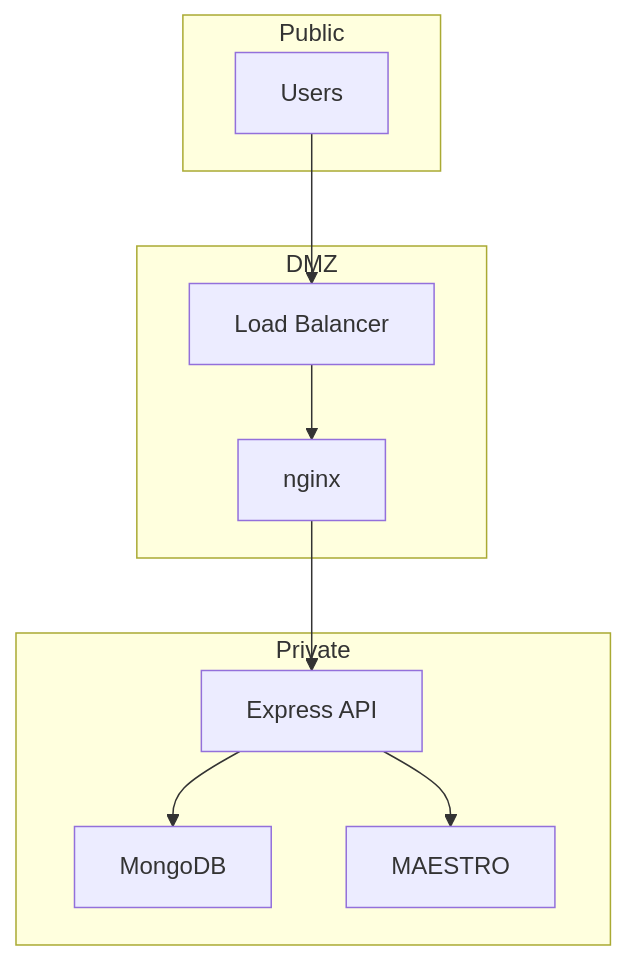
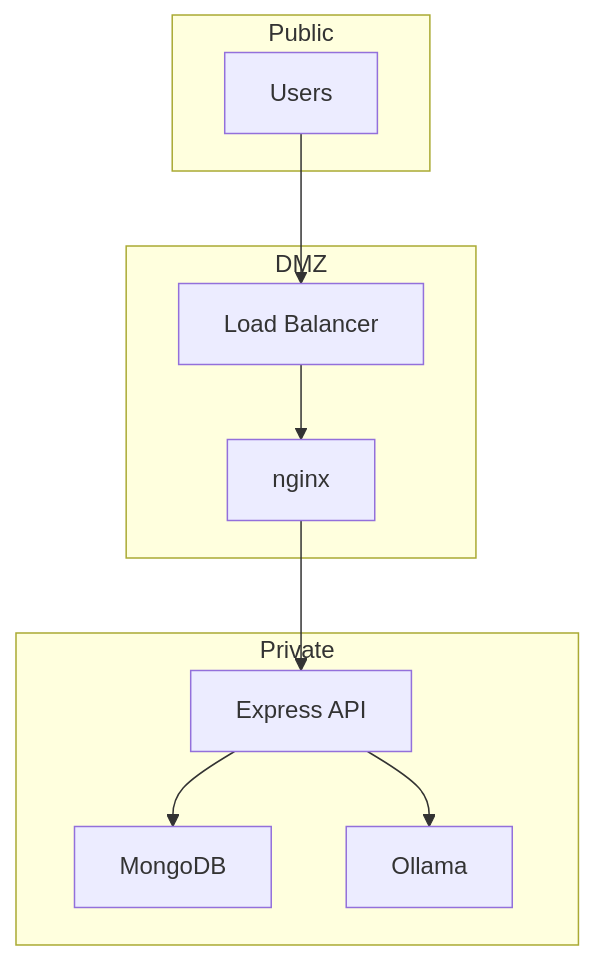
One commit to montimage-projects/mi-digitaltwin-management-service changed the third of 3 diagrams in docs/integration/external-services.md. Above: the diagram before and after it, drawn with Mermaid. The commit also changed other lines of this file and 65 other files, not shown here.

````diff
--- a/docs/integration/external-services.md
+++ b/docs/integration/external-services.md
@@ -281,23 +283,23 @@
 ```mermaid
 graph TD
  subgraph Public
  A[Users]
  end
 
  subgraph DMZ
  B[Load Balancer]
  C[nginx]
  end
 
- subgraph Private
- D[Express API]
- E[MongoDB]
- F[MAESTRO]
- end
+  subgraph Private
+  D[Express API]
+  E[MongoDB]
+  F[Ollama]
+  end
 
  A --> B
  B --> C
  C --> D
  D --> E
  D --> F
 ```
````
